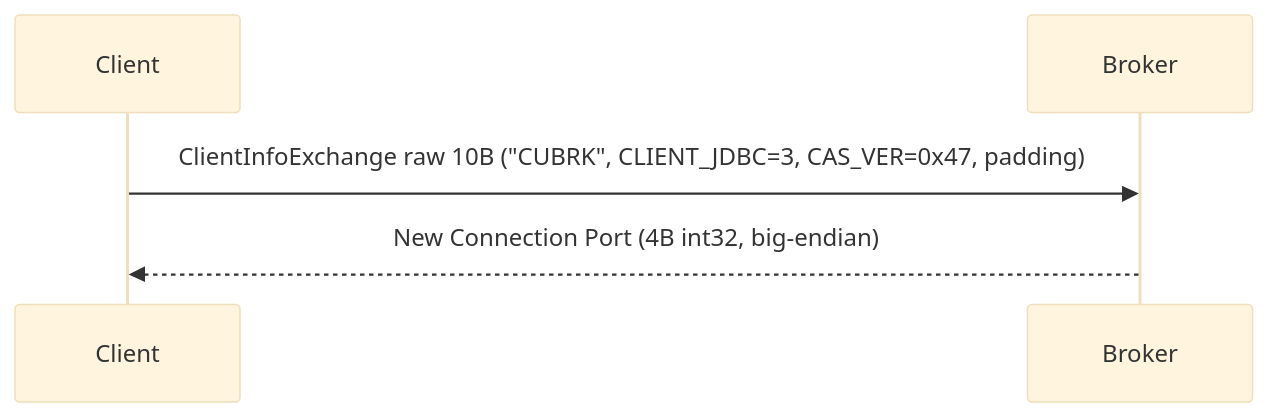
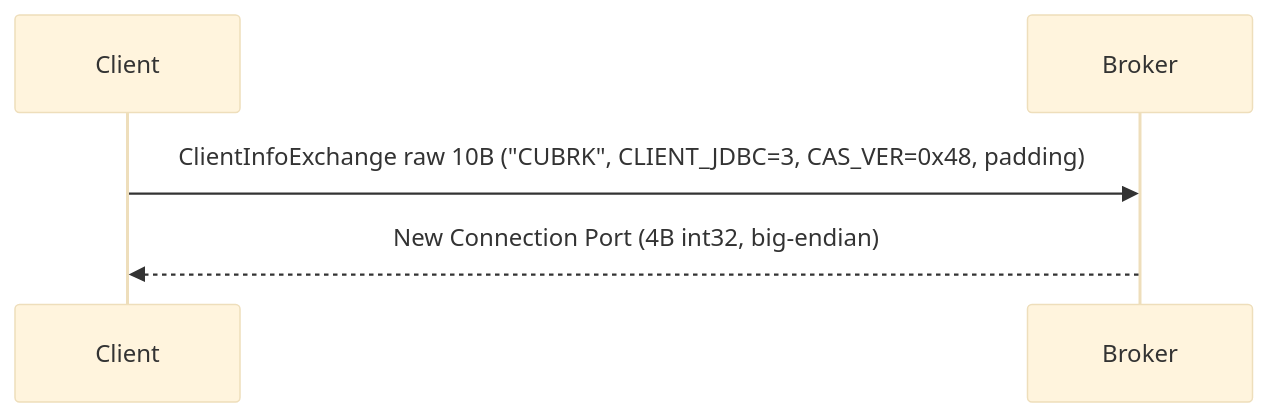
The third of 6 diagrams in docs/PROTOCOL.md (cubrid-lab/pycubrid), drawn with Mermaid (base theme) before and after one commit. The commit also changed other lines of this file and 12 other files, not shown here.

````diff
--- a/docs/PROTOCOL.md
+++ b/docs/PROTOCOL.md
@@ -111,7 +111,7 @@
 ```mermaid
 sequenceDiagram
     participant Client
     participant Broker
-    Client->>Broker: ClientInfoExchange raw 10B ("CUBRK", CLIENT_JDBC=3, CAS_VER=0x47, padding)
+    Client->>Broker: ClientInfoExchange raw 10B ("CUBRK", CLIENT_JDBC=3, CAS_VER=0x48, padding)
     Broker-->>Client: New Connection Port (4B int32, big-endian)
 ```
````
